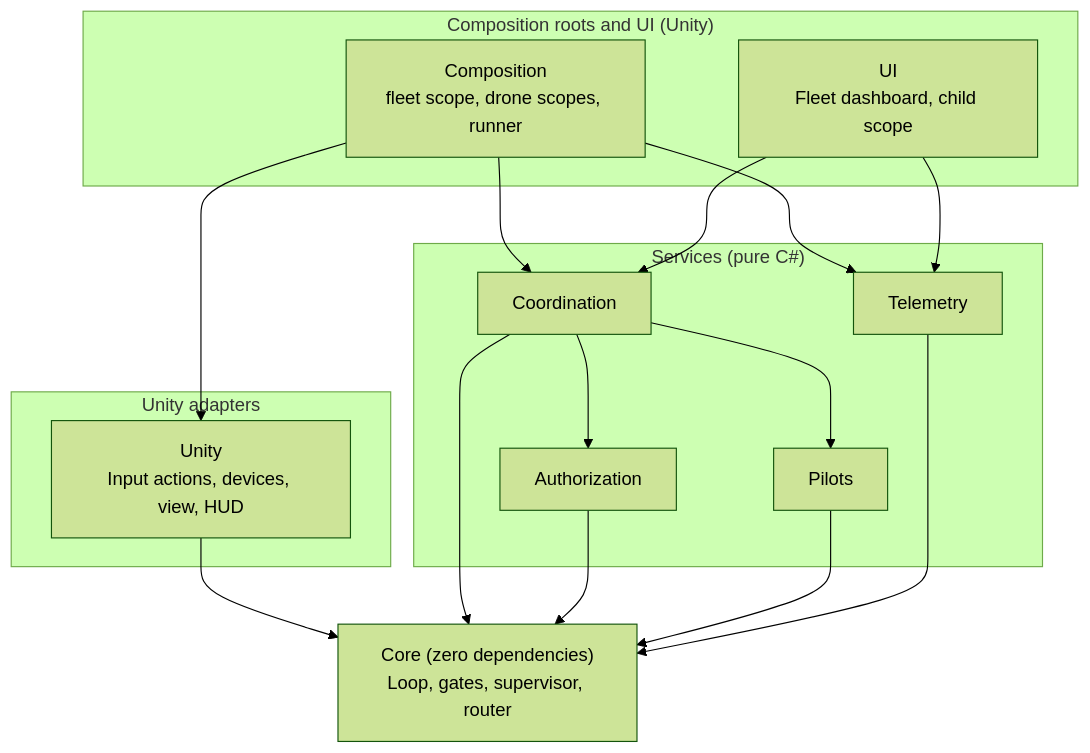
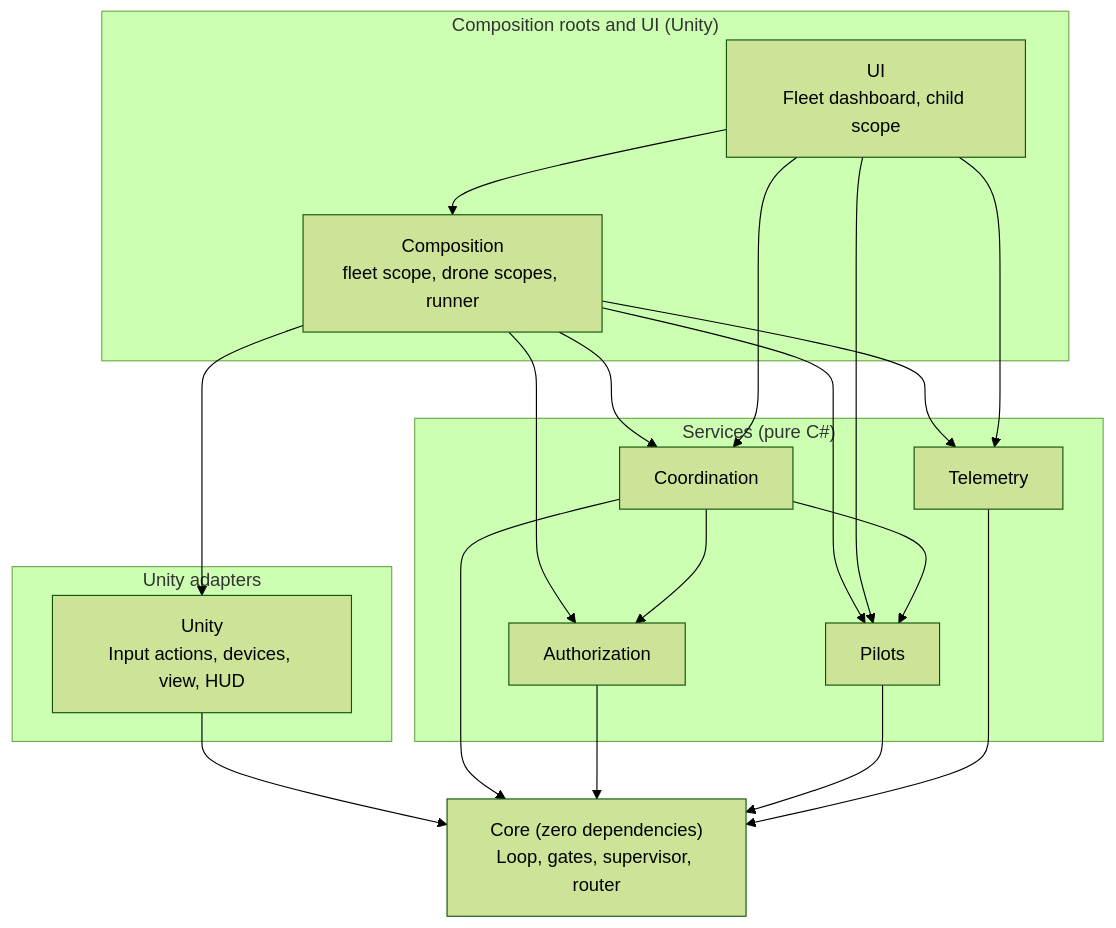
One commit to AlanKolic/DroneFlightModule changed the first of 4 diagrams in Docs/Architecture.md. Above: the diagram before and after it, drawn with Mermaid (forest theme). The commit also changed other lines of this file and 68 other files, not shown here.

````diff
--- a/Docs/Architecture.md
+++ b/Docs/Architecture.md
@@ -23,25 +23,25 @@
 ```mermaid
 flowchart TB
     subgraph Roots["Composition roots and UI (Unity)"]
         Comp["Composition<br/>fleet scope, drone scopes, runner"]
         UI["UI<br/>Fleet dashboard, child scope"]
     end
     subgraph Adapters["Unity adapters"]
         Unity["Unity<br/>Input actions, devices, view, HUD"]
     end
     subgraph Services["Services (pure C#)"]
         Coord["Coordination"]
         Auth["Authorization"]
         Pilots["Pilots"]
         Tele["Telemetry"]
     end
     Core["Core (zero dependencies)<br/>Loop, gates, supervisor, router"]
 
-    Comp --> Unity & Coord & Tele
-    UI --> Tele & Coord
+    Comp --> Unity & Coord & Auth & Pilots & Tele
+    UI --> Comp & Tele & Coord & Pilots
     Unity --> Core
     Coord --> Auth & Pilots & Core
     Auth --> Core
     Pilots --> Core
     Tele --> Core
 ```
````
